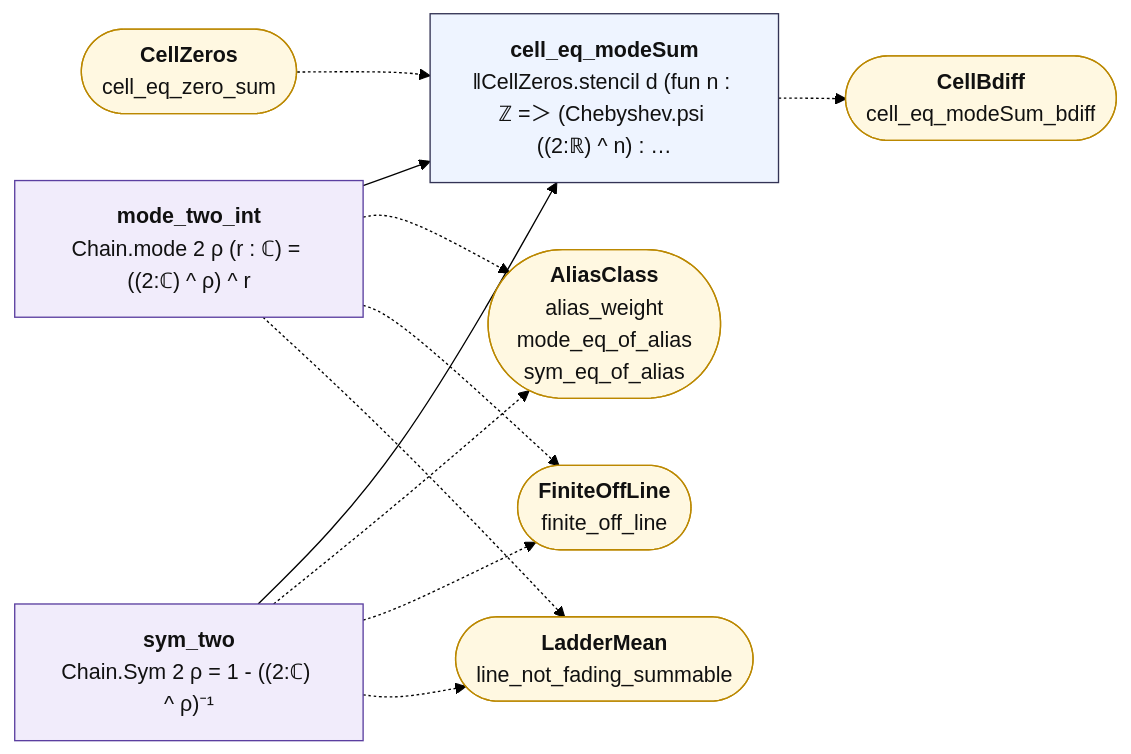
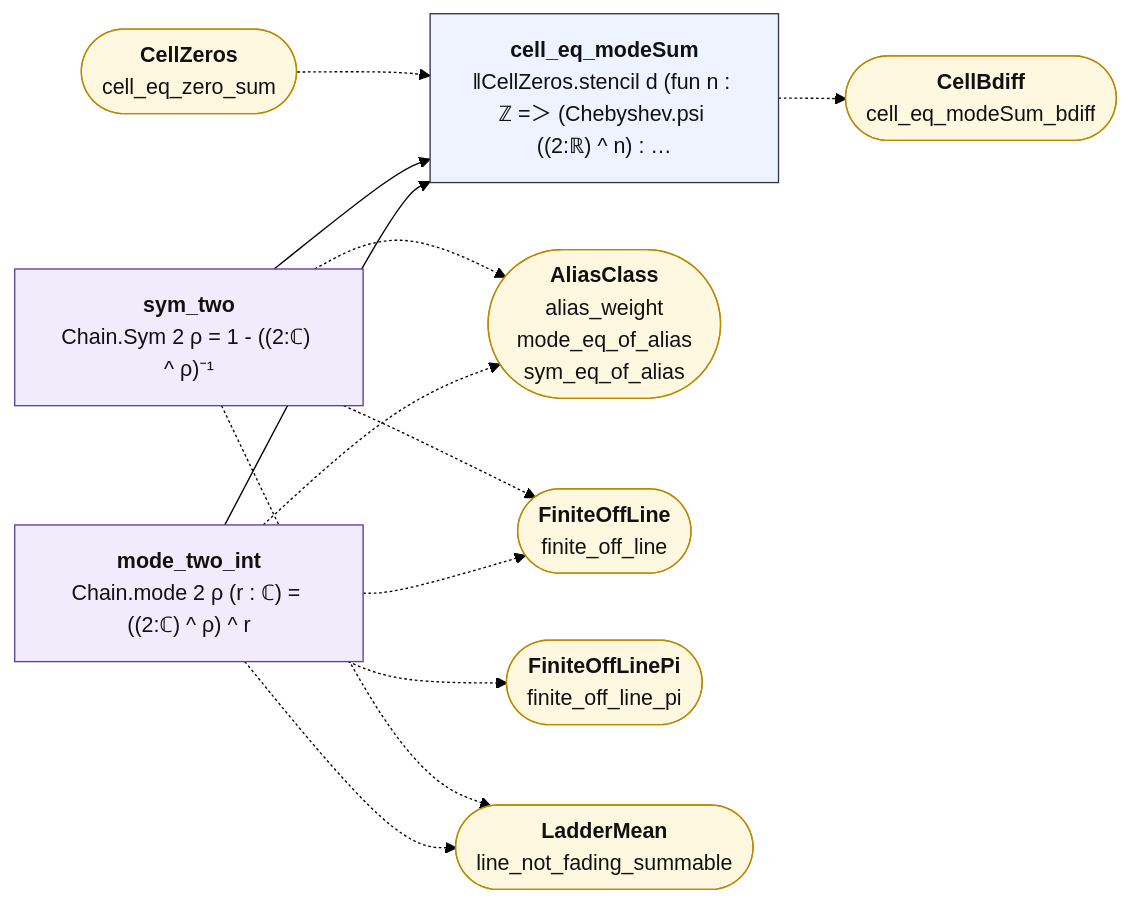
The diagram in map/lean_stage3/CellModes.md (juliansambranojr/Primebeat_081426), drawn with Mermaid (forest theme) before and after one commit. The commit also changed other lines of this file and 44 other files, not shown here.

First line of the commit message:
J10e: finitely many zeros off the line, on the prime count at the doublings (unit 0445)

````diff
--- a/map/lean_stage3/CellModes.md
+++ b/map/lean_stage3/CellModes.md
@@ -12,29 +12,31 @@
 ```mermaid
 flowchart LR
   n0["<b>mode_two_int</b><br/>Chain.mode 2 ρ (r : ℂ) = ((2:ℂ) ^ ρ) ^ r"]:::shp
   n1["<b>sym_two</b><br/>Chain.Sym 2 ρ = 1 - ((2:ℂ) ^ ρ)⁻¹"]:::shp
   n2["<b>cell_eq_modeSum</b><br/>‖CellZeros.stencil d (fun n : ℤ =＞ (Chebyshev.psi ((2:ℝ) ^ n) : …"]:::thm
   x0(["<b>AliasClass</b><br/>alias_weight<br/>mode_eq_of_alias<br/>sym_eq_of_alias"]):::ext
   x1(["<b>FiniteOffLine</b><br/>finite_off_line"]):::ext
-  x2(["<b>LadderMean</b><br/>line_not_fading_summable"]):::ext
-  x3(["<b>CellZeros</b><br/>cell_eq_zero_sum"]):::ext
-  x4(["<b>CellBdiff</b><br/>cell_eq_modeSum_bdiff"]):::ext
+  x2(["<b>FiniteOffLinePi</b><br/>finite_off_line_pi"]):::ext
+  x3(["<b>LadderMean</b><br/>line_not_fading_summable"]):::ext
+  x4(["<b>CellZeros</b><br/>cell_eq_zero_sum"]):::ext
+  x5(["<b>CellBdiff</b><br/>cell_eq_modeSum_bdiff"]):::ext
   n0 --> n2
   n1 --> n2
   n0 -.-> x0
   n0 -.-> x1
   n0 -.-> x2
+  n0 -.-> x3
   n1 -.-> x0
   n1 -.-> x1
-  n1 -.-> x2
-  n2 -.-> x4
-  x3 -.-> n2
+  n1 -.-> x3
+  n2 -.-> x5
+  x4 -.-> n2
   classDef cnt fill:#dff5ec,stroke:#17694a,color:#111
   classDef shp fill:#f1ecfb,stroke:#5b3fa0,color:#111
   classDef rh fill:#ffe5e5,stroke:#c22,color:#111,stroke-width:2px
   classDef thm fill:#eef4ff,stroke:#335,color:#111
   classDef end_ fill:#e7f7e7,stroke:#2a7,color:#111,stroke-width:2px
   classDef lone fill:#fff,stroke:#999,color:#111,stroke-dasharray:4 3
   classDef bad fill:#ffe5e5,stroke:#c22,color:#111,stroke-width:2px
   classDef ext fill:#fff8e1,stroke:#b80,color:#111
 ```
````
